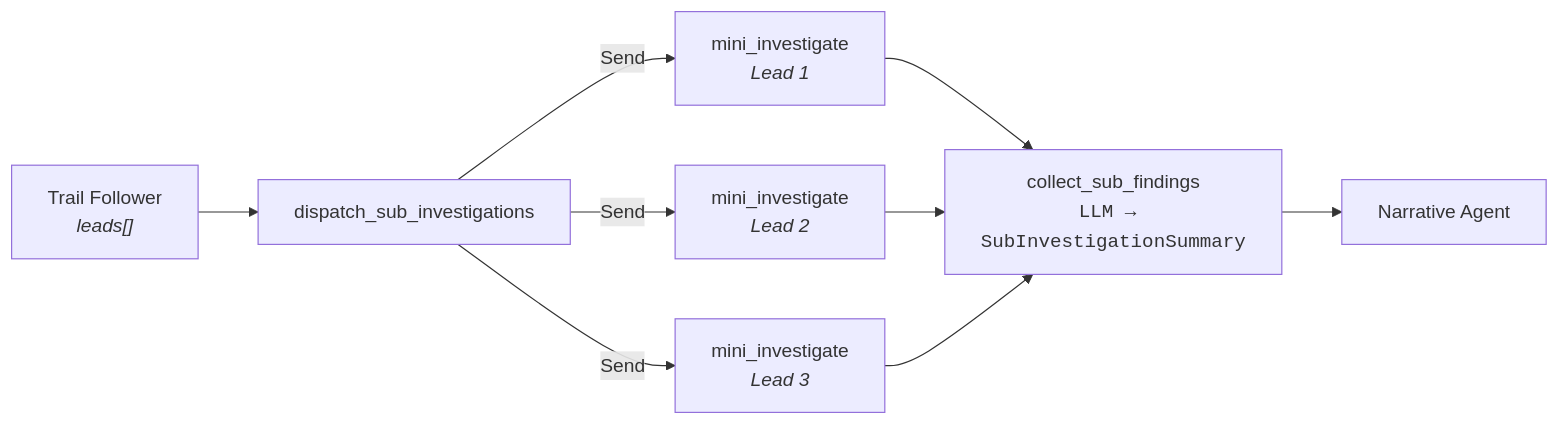
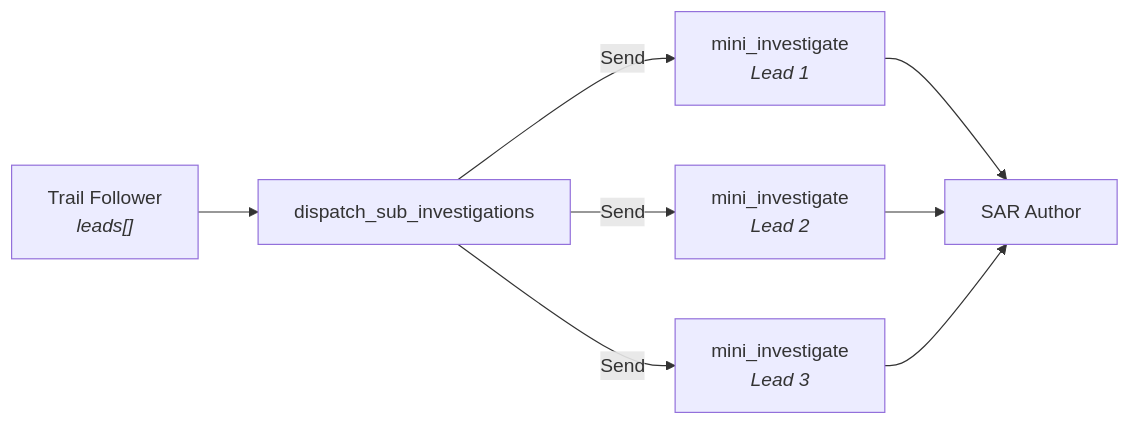
The sixth of 19 diagrams in docs/AGENTIC_INVESTIGATION_PIPELINE.md (mongodb-industry-solutions/fsi-aml-fraud-detection), drawn with Mermaid before and after one commit. The commit also changed other lines of this file, not shown here.

````diff
--- a/docs/AGENTIC_INVESTIGATION_PIPELINE.md
+++ b/docs/AGENTIC_INVESTIGATION_PIPELINE.md
@@ -451,15 +448,13 @@
 ```mermaid
 flowchart LR
     TF["Trail Follower<br/><i>leads[]</i>"]
     TF --> Dispatch["dispatch_sub_investigations"]
 
     Dispatch -->|"Send"| W1["mini_investigate<br/><i>Lead 1</i>"]
     Dispatch -->|"Send"| W2["mini_investigate<br/><i>Lead 2</i>"]
     Dispatch -->|"Send"| W3["mini_investigate<br/><i>Lead 3</i>"]
 
-    W1 --> Collect["collect_sub_findings<br/><code>LLM → SubInvestigationSummary</code>"]
-    W2 --> Collect
-    W3 --> Collect
-
-    Collect --> NR["Narrative Agent"]
+    W1 --> SA["SAR Author"]
+    W2 --> SA
+    W3 --> SA
 ```
````
